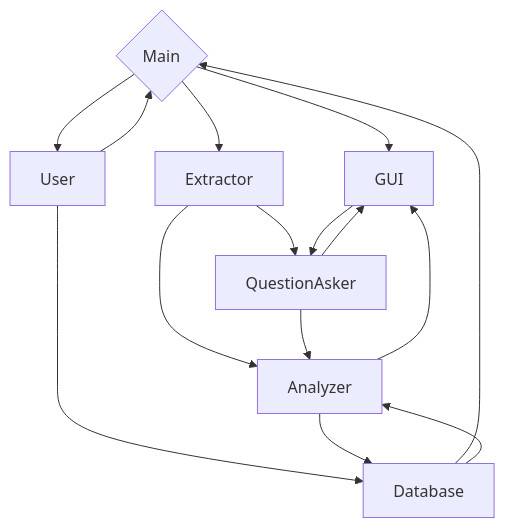
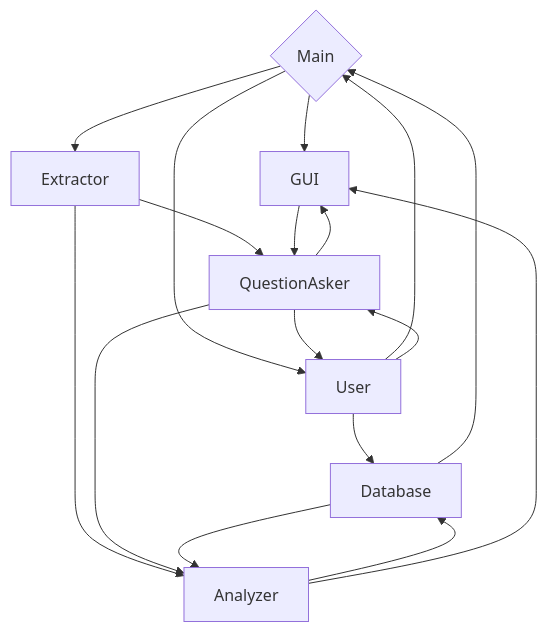
Before and after one commit to dguis/SciBowl: the third of 3 diagrams in readme.md, drawn with Mermaid. The commit also changed other lines of this file, not shown here.

````diff
--- a/readme.md
+++ b/readme.md
@@ -104,26 +104,28 @@
 ```mermaid
 graph TD
 Main{Main}
 User
 GUI
 Extractor
 QuestionAsker
 Analyzer
 Database
 
 Main --> GUI
 Main --> Extractor
 Main --> User
 User --> Main
 User --> Database
+User --> QuestionAsker
+QuestionAsker --> User
 Extractor --> QuestionAsker
 Extractor --> Analyzer
 QuestionAsker --> GUI
 QuestionAsker --> Analyzer
 Analyzer --> Database
 Analyzer --> GUI
 Database --> Main
 Database --> Analyzer
 GUI --> QuestionAsker
 
 ```
````
